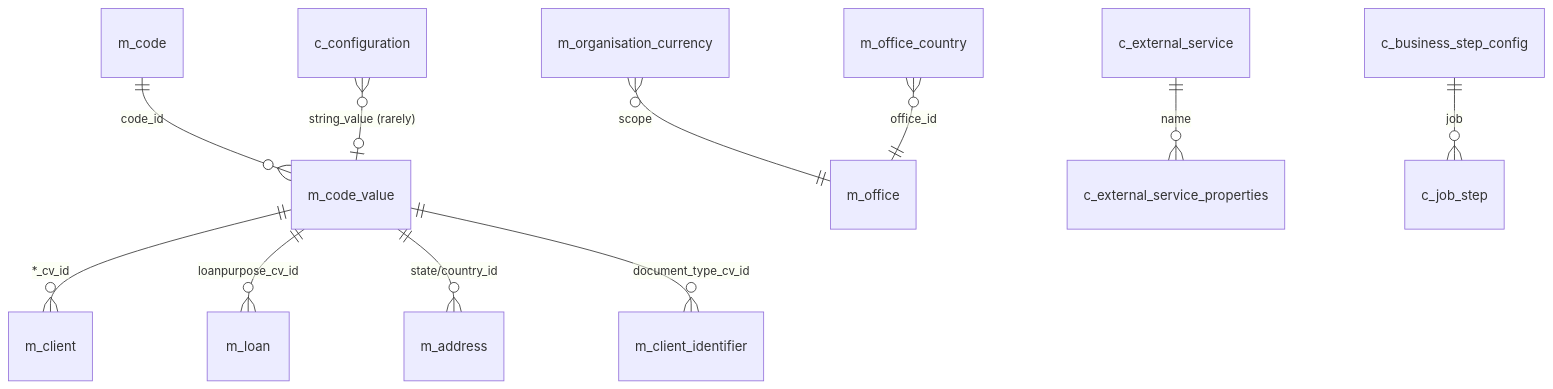
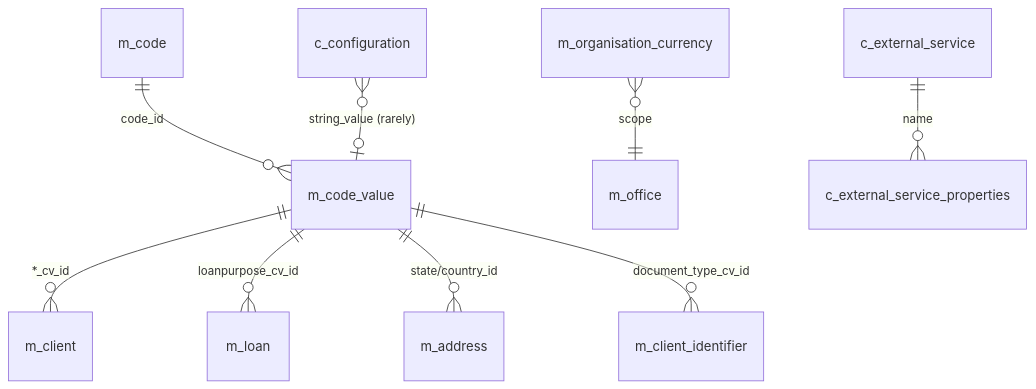
One commit to mintlify-atlas/docs-wiki-7f6244b0 changed the diagram in models/configuration-model.mdx. Above: the diagram before and after it, drawn with Mermaid. The commit also changed other lines of this file and 28 other files, not shown here.

````diff
--- a/models/configuration-model.mdx
+++ b/models/configuration-model.mdx
@@ -13,13 +13,11 @@
 ```mermaid
 erDiagram
     m_code ||--o{ m_code_value : "code_id"
     m_code_value ||--o{ m_client : "*_cv_id"
     m_code_value ||--o{ m_loan : "loanpurpose_cv_id"
     m_code_value ||--o{ m_address : "state/country_id"
     m_code_value ||--o{ m_client_identifier : "document_type_cv_id"
     m_organisation_currency }o--|| m_office : "scope"
-    m_office_country }o--|| m_office : "office_id"
     c_external_service ||--o{ c_external_service_properties : "name"
-    c_business_step_config ||--o{ c_job_step : "job"
     c_configuration }o--o| m_code_value : "string_value (rarely)"
 ```
````
